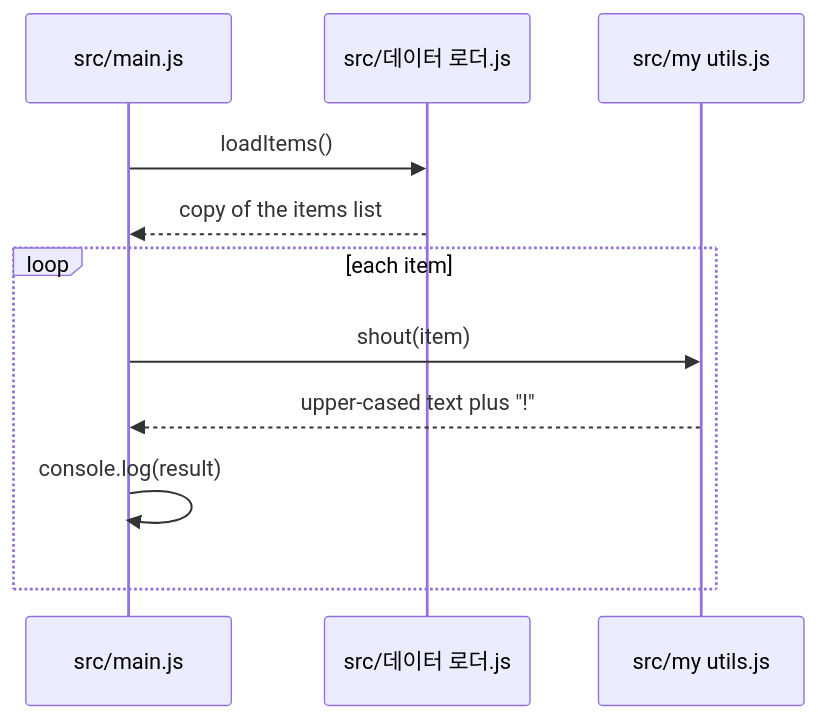
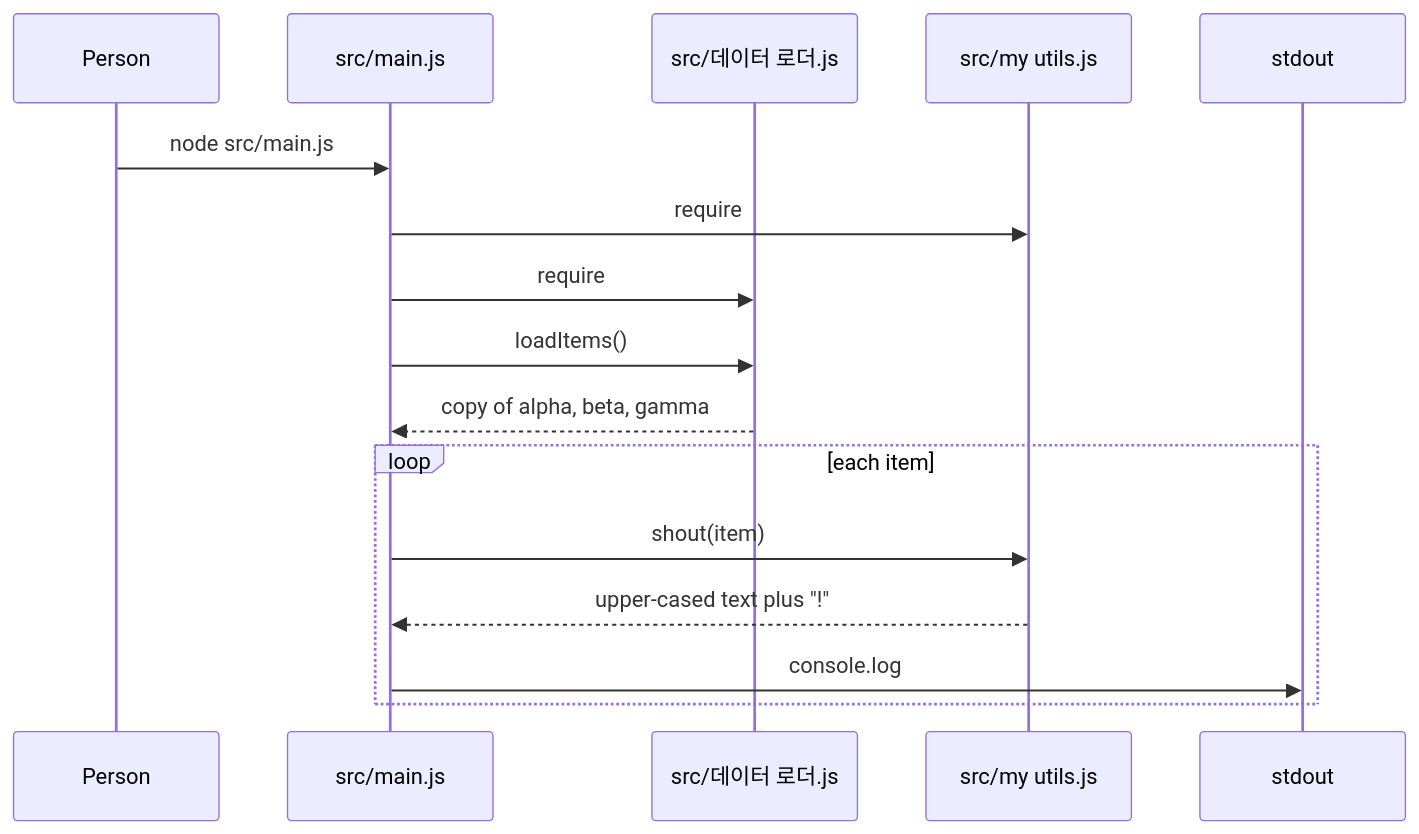
One commit to hxxnn/codemap changed the diagram in examples/edge-names/docs/codemap/sequence-flow.md. Above: the diagram before and after it, drawn with Mermaid. The commit also changed other lines of this file and 13 other files, not shown here.

````diff
--- a/examples/edge-names/docs/codemap/sequence-flow.md
+++ b/examples/edge-names/docs/codemap/sequence-flow.md
@@ -12,13 +14,18 @@
 ```mermaid
 sequenceDiagram
+  participant U as Person
   participant M as src/main.js
   participant L as src/데이터 로더.js
-  participant U as src/my utils.js
+  participant S as src/my utils.js
+  participant O as stdout
+  U->>M: node src/main.js
+  M->>S: require
+  M->>L: require
   M->>L: loadItems()
-  L-->>M: copy of the items list
+  L-->>M: copy of alpha, beta, gamma
   loop each item
-    M->>U: shout(item)
-    U-->>M: upper-cased text plus "!"
-    M->>M: console.log(result)
+    M->>S: shout(item)
+    S-->>M: upper-cased text plus "!"
+    M->>O: console.log
   end
 ```
````
